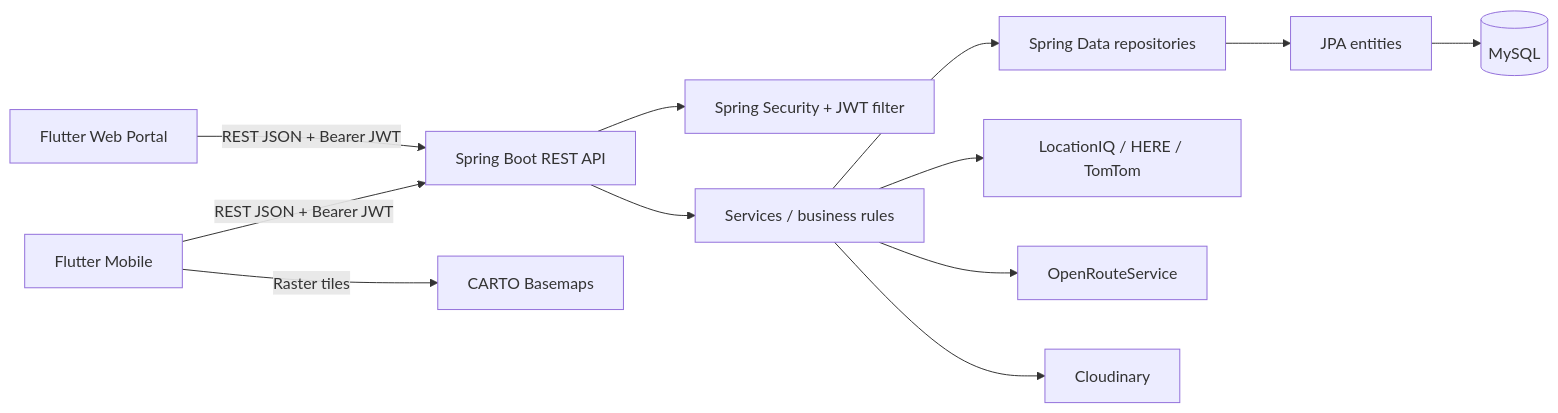
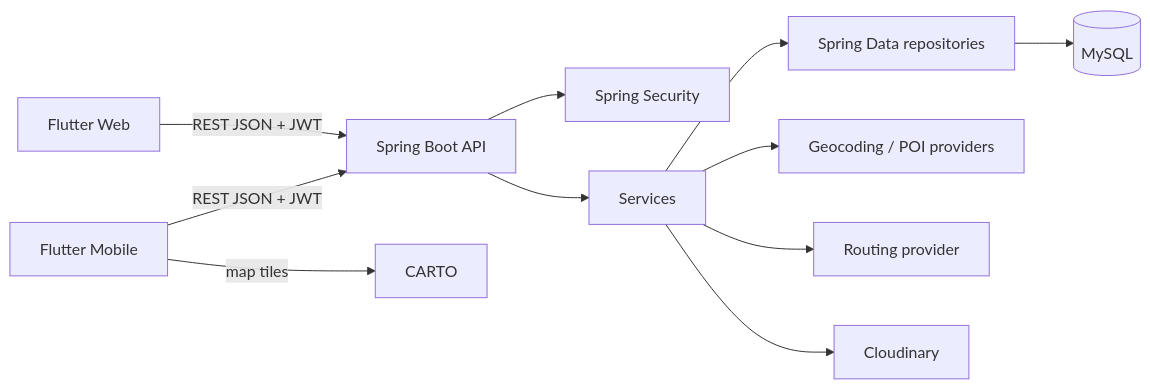
The diagram in Travel_Planner/CODEBASE_GUIDE/01-TONG-QUAN-DU-AN.md (Nguyenhuynhtu-47/Travel-planner-community), drawn with Mermaid before and after one commit. The commit also changed other lines of this file and 18 other files, not shown here.

```diff
--- a/Travel_Planner/CODEBASE_GUIDE/01-TONG-QUAN-DU-AN.md
+++ b/Travel_Planner/CODEBASE_GUIDE/01-TONG-QUAN-DU-AN.md
@@ -16,14 +16,13 @@
 ~~~mermaid
 flowchart LR
-  M[Flutter Mobile] -->|REST JSON + Bearer JWT| API[Spring Boot REST API]
-  W[Flutter Web Portal] -->|REST JSON + Bearer JWT| API
-  API --> SEC[Spring Security + JWT filter]
-  API --> S[Services / business rules]
-  S --> R[Spring Data repositories]
-  R --> E[JPA entities]
-  E --> DB[(MySQL)]
-  S --> GEO[LocationIQ / HERE / TomTom]
-  S --> ROUTE[OpenRouteService]
-  S --> MEDIA[Cloudinary]
-  M -->|Raster tiles| CARTO[CARTO Basemaps]
+ M[Flutter Mobile] -->|REST JSON + JWT| API[Spring Boot API]
+ W[Flutter Web] -->|REST JSON + JWT| API
+ API --> SEC[Spring Security]
+ API --> S[Services]
+ S --> R[Spring Data repositories]
+ R --> DB[(MySQL)]
+ S --> GEO[Geocoding / POI providers]
+ S --> ROUTE[Routing provider]
+ S --> MEDIA[Cloudinary]
+ M -->|map tiles| CARTO[CARTO]
 ~~~
```
